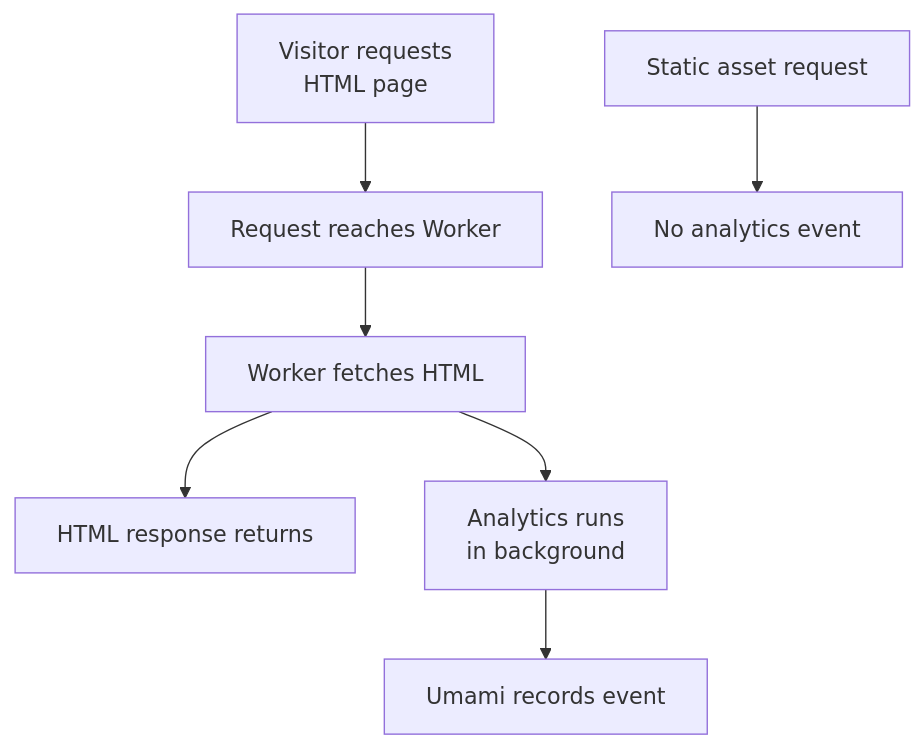
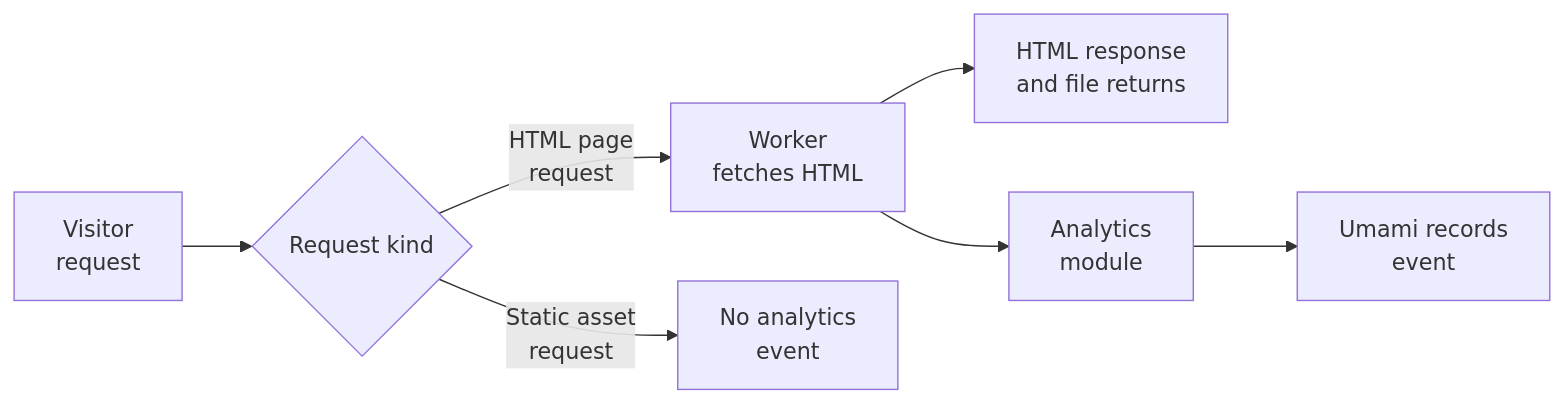
Before and after one commit to vanityURLs/website: the diagram in content/docs/web-site/analytics.en.md, drawn with Mermaid. The commit also changed 38 other files, not shown here.

Commit message:
docs: document lookup routes and diagrams

```diff
--- a/content/docs/web-site/analytics.en.md
+++ b/content/docs/web-site/analytics.en.md
@@ -40,18 +40,9 @@
 {{< mermaid >}}
-flowchart TD
-  A[Visitor requests<br/>HTML page]
-  B[Request reaches Worker]
-  C[Worker fetches HTML]
-  D[HTML response returns]
-  E[Analytics runs<br/>in background]
-  F[Umami records event]
-  G[Static asset request]
-  H[No analytics event]
-
-  A --> B
-  B --> C
-  C --> D
-  C --> E
-  E --> F
-  G --> H
+flowchart LR
+  A["Visitor<br/>request"] --> B{"Request kind"}
+  B -->|"HTML page<br/>request"| C["Worker<br/>fetches HTML"]
+  C --> D["HTML response<br/>and file returns"]
+  C --> E["Analytics<br/>module"]
+  E --> F["Umami records<br/>event"]
+  B -->|"Static asset<br/>request"| G["No analytics<br/>event"]
 {{< /mermaid >}}
```
